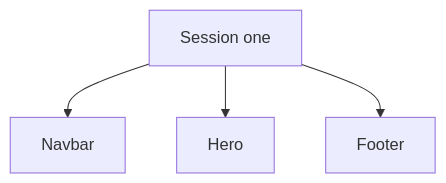
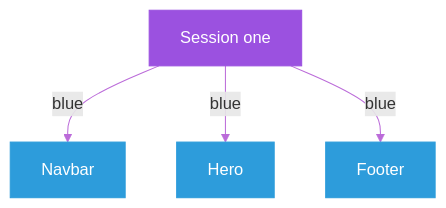
Before and after one commit to 444Nazky/My-Vault: the fourth of 13 diagrams in Graphs/Dev-Tasks-Diagrams.md, drawn with Mermaid. The commit also changed other lines of this file and 15 other files, not shown here.

````diff
--- a/Graphs/Dev-Tasks-Diagrams.md
+++ b/Graphs/Dev-Tasks-Diagrams.md
@@ -50,6 +69,11 @@
 ```mermaid
+%%{init: {'theme': 'default', 'themeVariables': { 'primaryColor': '#BB6BD9', 'lineColor': '#BB6BD9'}}}%%
 graph TD
- S1["Session one"] --> NAV["Navbar"]
- S1 --> HERO["Hero"]
- S1 --> FOOT["Footer"]
+ S1["Session one"] -->|blue| NAV["Navbar"]
+ S1 -->|blue| HERO["Hero"]
+ S1 -->|blue| FOOT["Footer"]
+ style S1 fill:#9B51E0,stroke:#9B51E0,color:#fff
+ style NAV fill:#2D9CDB,stroke:#2D9CDB,color:#fff
+ style HERO fill:#2D9CDB,stroke:#2D9CDB,color:#fff
+ style FOOT fill:#2D9CDB,stroke:#2D9CDB,color:#fff
 ```
````
